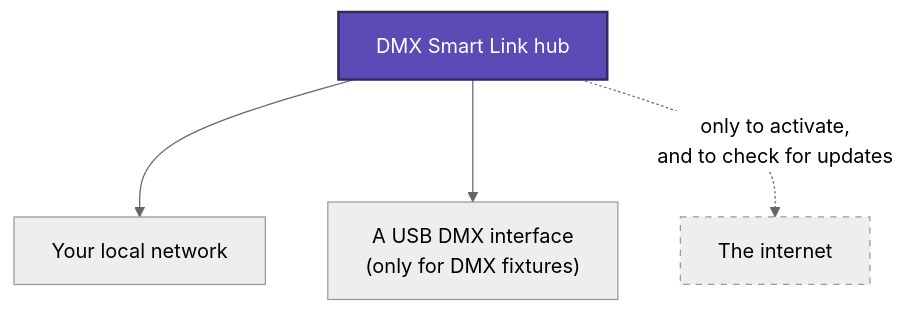
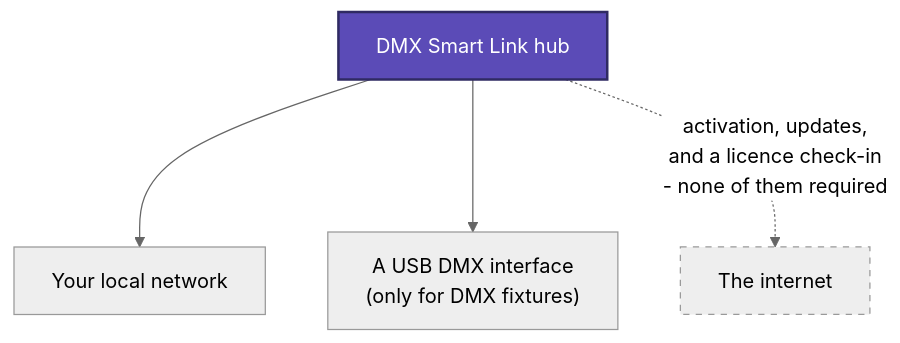
One commit to WhiteCrowSecurity/DMXSmartLink changed the ninth of 9 diagrams in docs/ARCHITECTURE.md. Above: the diagram before and after it, drawn with Mermaid (neutral theme). The commit also changed other lines of this file and 2 other files, not shown here.

First line of the commit message:
docs: say what the licence check actually does

````diff
--- a/docs/ARCHITECTURE.md
+++ b/docs/ARCHITECTURE.md
@@ -240,12 +240,12 @@
 ```mermaid
 graph TB
     HUB4["DMX Smart Link hub"]
     HUB4 --> D1["Your local network"]
     HUB4 --> D2["A USB DMX interface<br/>(only for DMX fixtures)"]
-    HUB4 -.->|"only to activate,<br/>and to check for updates"| D3["The internet"]
+    HUB4 -.->|"activation, updates,<br/>and a licence check-in<br/>- none of them required"| D3["The internet"]
 
     classDef opt stroke-dasharray: 5 5
     class D3 opt
     classDef hub fill:#5b4bb7,stroke:#2f2a63,color:#fff,stroke-width:2px
     class HUB4 hub
 ```
````
